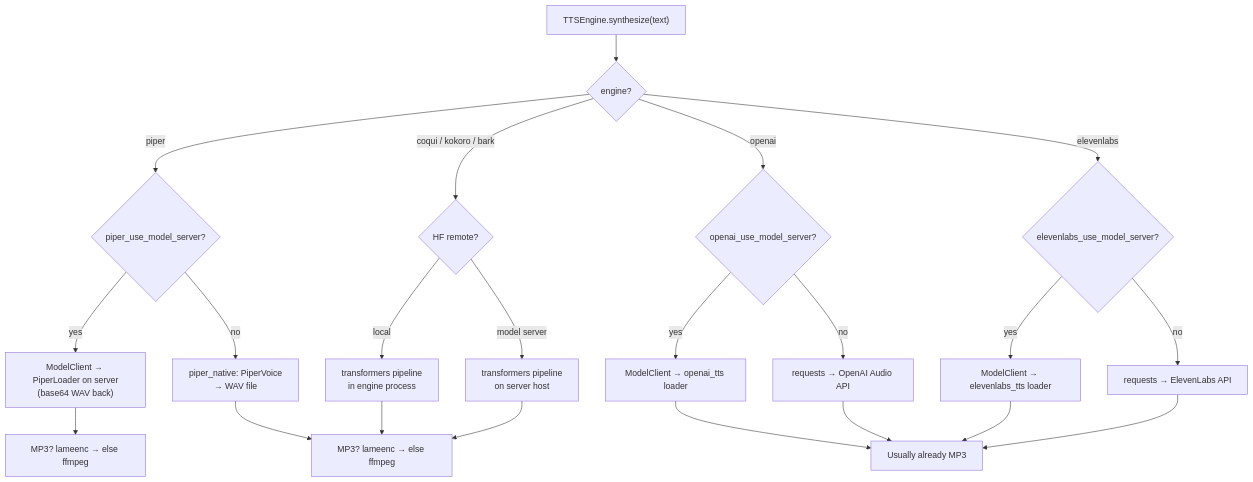
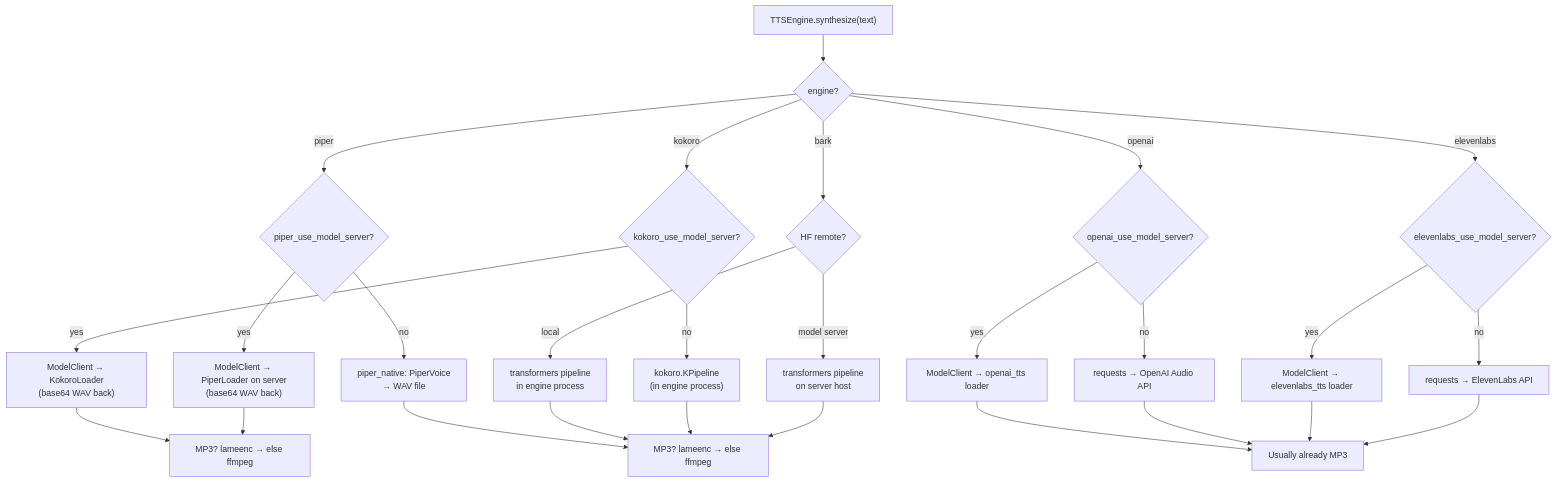
Before and after one commit to rocketride-org/rocketride-server: the second of 4 diagrams in nodes/src/nodes/audio_tts/IMPLEMENTATION_SUMMARY.md, drawn with Mermaid. The commit also changed other lines of this file and 9 other files, not shown here.

````diff
--- a/nodes/src/nodes/audio_tts/IMPLEMENTATION_SUMMARY.md
+++ b/nodes/src/nodes/audio_tts/IMPLEMENTATION_SUMMARY.md
@@ -80,29 +93,35 @@
 ```mermaid
 flowchart TB
   A["TTSEngine.synthesize(text)"] --> B{engine?}
 
   B -->|piper| P{piper_use_model_server?}
   P -->|yes| PM["ModelClient → PiperLoader on server\n(base64 WAV back)"]
   P -->|no| PL["piper_native: PiperVoice\n→ WAV file"]
 
-  B -->|coqui / kokoro / bark| H{HF remote?}
+  B -->|bark| H{HF remote?}
   H -->|model server| HM["transformers pipeline\non server host"]
   H -->|local| HL["transformers pipeline\nin engine process"]
+
+  B -->|kokoro| K{kokoro_use_model_server?}
+  K -->|yes| KM["ModelClient → KokoroLoader\n(base64 WAV back)"]
+  K -->|no| KL["kokoro.KPipeline\n(in engine process)"]
 
   B -->|openai| O{openai_use_model_server?}
   O -->|yes| OM["ModelClient → openai_tts loader"]
   O -->|no| OL["requests → OpenAI Audio API"]
 
   B -->|elevenlabs| E{elevenlabs_use_model_server?}
   E -->|yes| EM["ModelClient → elevenlabs_tts loader"]
   E -->|no| EL["requests → ElevenLabs API"]
 
   PL --> M["MP3? lameenc → else ffmpeg"]
   HL --> M
+  KL --> M
+  KM --> M2
   PM --> M2["MP3? lameenc → else ffmpeg"]
   HM --> M
   OM --> OM2["Usually already MP3"]
   OL --> OM2
   EM --> OM2
   EL --> OM2
 ```
````
